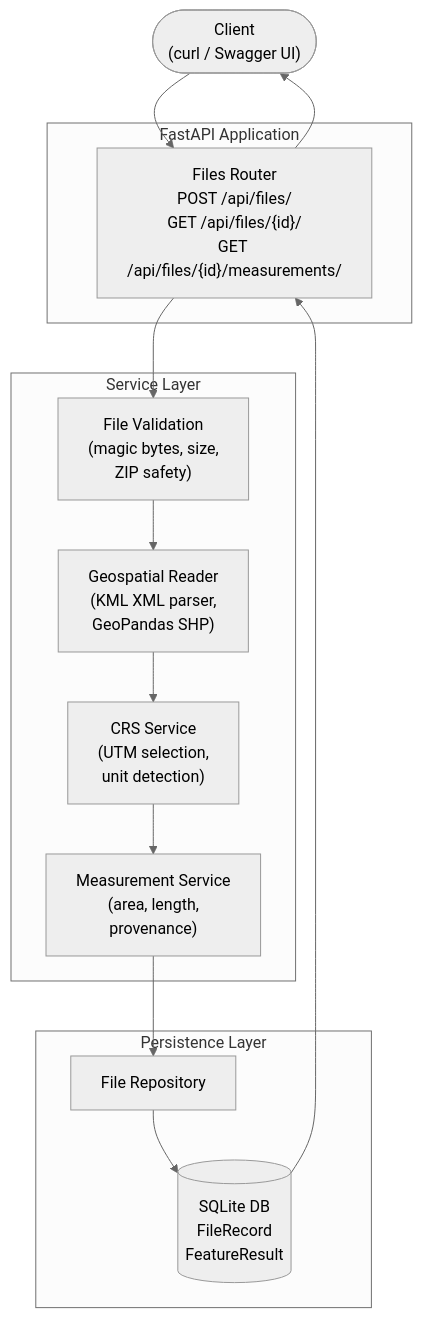
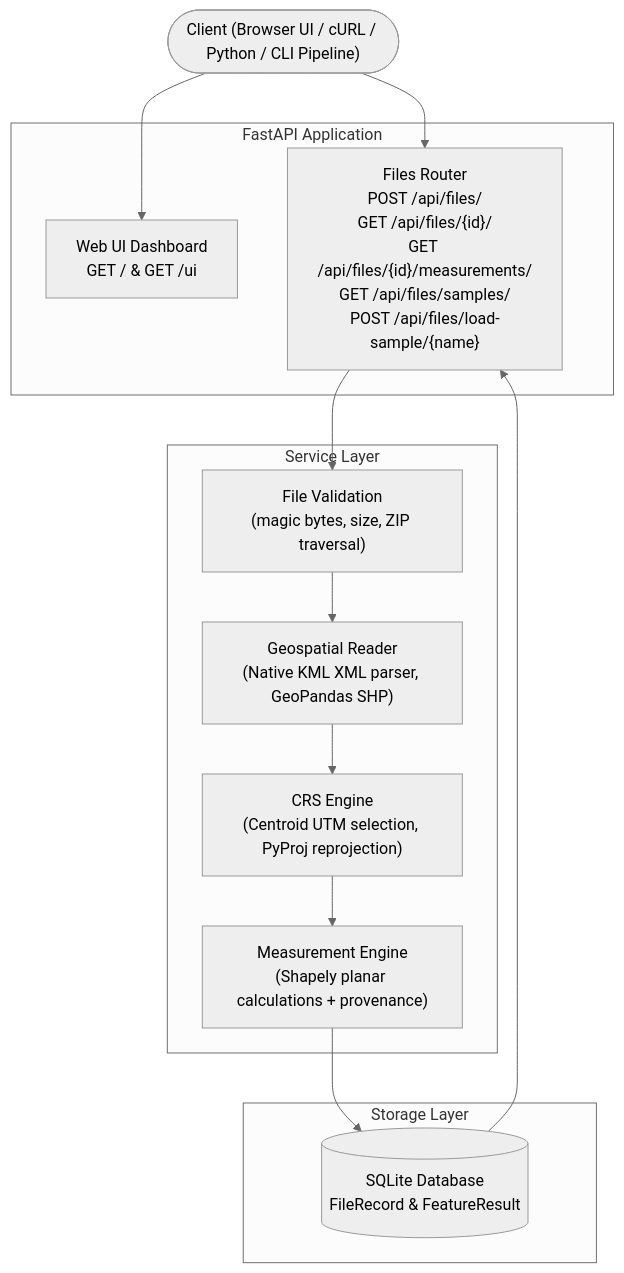
Before and after one commit to LonelyDreamer005/GeoMeasure: the diagram in geomeasure/README.md, drawn with Mermaid (neutral theme). The commit also changed other lines of this file and 7 other files, not shown here.

Commit message:
feat: add interactive web studio UI, batch automation pipeline, and sync detailed READMEs

````diff
--- a/geomeasure/README.md
+++ b/geomeasure/README.md
@@ -74,30 +131,29 @@
 ```mermaid
 graph TB
-    Client(["Client<br/>(curl / Swagger UI)"])
+    Client(["Client (Browser UI / cURL / Python / CLI Pipeline)"])
 
     subgraph API["FastAPI Application"]
-        Router["Files Router<br/>POST /api/files/<br/>GET /api/files/{id}/<br/>GET /api/files/{id}/measurements/"]
+        UI["Web UI Dashboard<br/>GET / & GET /ui"]
+        Router["Files Router<br/>POST /api/files/<br/>GET /api/files/{id}/<br/>GET /api/files/{id}/measurements/<br/>GET /api/files/samples/<br/>POST /api/files/load-sample/{name}"]
     end
 
     subgraph Services["Service Layer"]
-        Validator["File Validation<br/>(magic bytes, size,<br/>ZIP safety)"]
-        Reader["Geospatial Reader<br/>(KML XML parser,<br/>GeoPandas SHP)"]
-        CRS["CRS Service<br/>(UTM selection,<br/>unit detection)"]
-        Measure["Measurement Service<br/>(area, length,<br/>provenance)"]
+        Validator["File Validation<br/>(magic bytes, size, ZIP traversal)"]
+        Reader["Geospatial Reader<br/>(Native KML XML parser, GeoPandas SHP)"]
+        CRS["CRS Engine<br/>(Centroid UTM selection, PyProj reprojection)"]
+        Measure["Measurement Engine<br/>(Shapely planar calculations + provenance)"]
     end
 
-    subgraph Persistence["Persistence Layer"]
-        Repo["File Repository"]
-        DB[("SQLite DB<br/>FileRecord<br/>FeatureResult")]
+    subgraph Persistence["Storage Layer"]
+        DB[("SQLite Database<br/>FileRecord & FeatureResult")]
     end
 
+    Client --> UI
     Client --> Router
     Router --> Validator
     Validator --> Reader
     Reader --> CRS
     CRS --> Measure
-    Measure --> Repo
-    Repo --> DB
+    Measure --> DB
     DB --> Router
-    Router --> Client
 ```
````
